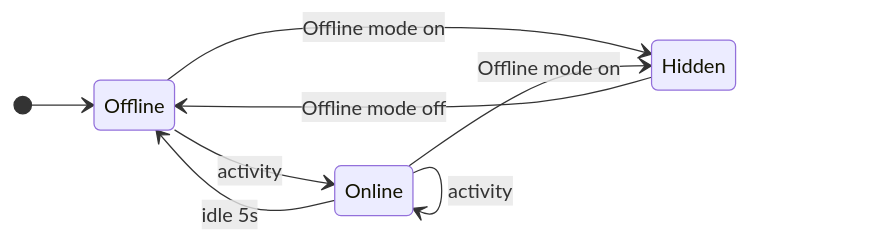
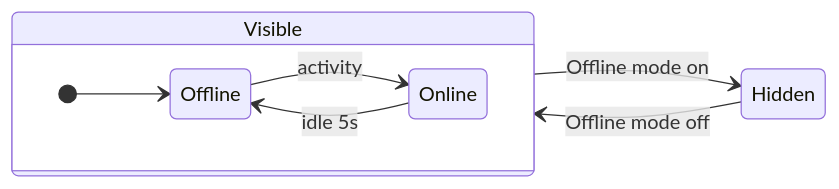
One commit to Simo-2004/TravelMate-docs changed the seventh of 8 diagrams in docs/rad/proposed-system/system-models/dynamic-model.md. Above: the diagram before and after it, drawn with Mermaid. The commit also changed other lines of this file and 1 other file, not shown here.

Commit message:
fix: Mermaid diagram

````diff
--- a/docs/rad/proposed-system/system-models/dynamic-model.md
+++ b/docs/rad/proposed-system/system-models/dynamic-model.md
@@ -187,11 +187,12 @@
 ```mermaid
 stateDiagram-v2
     direction LR
-    [*] --> Offline
-    Offline --> Online : activity
-    Online --> Offline : idle 5s
-    Online --> Online : activity
-    Offline --> Hidden : Offline mode on
-    Online --> Hidden : Offline mode on
-    Hidden --> Offline : Offline mode off
+    state Visible {
+        direction LR
+        [*] --> Offline
+        Offline --> Online : activity
+        Online --> Offline : idle 5s
+    }
+    Visible --> Hidden : Offline mode on
+    Hidden --> Visible : Offline mode off
 ```
````
